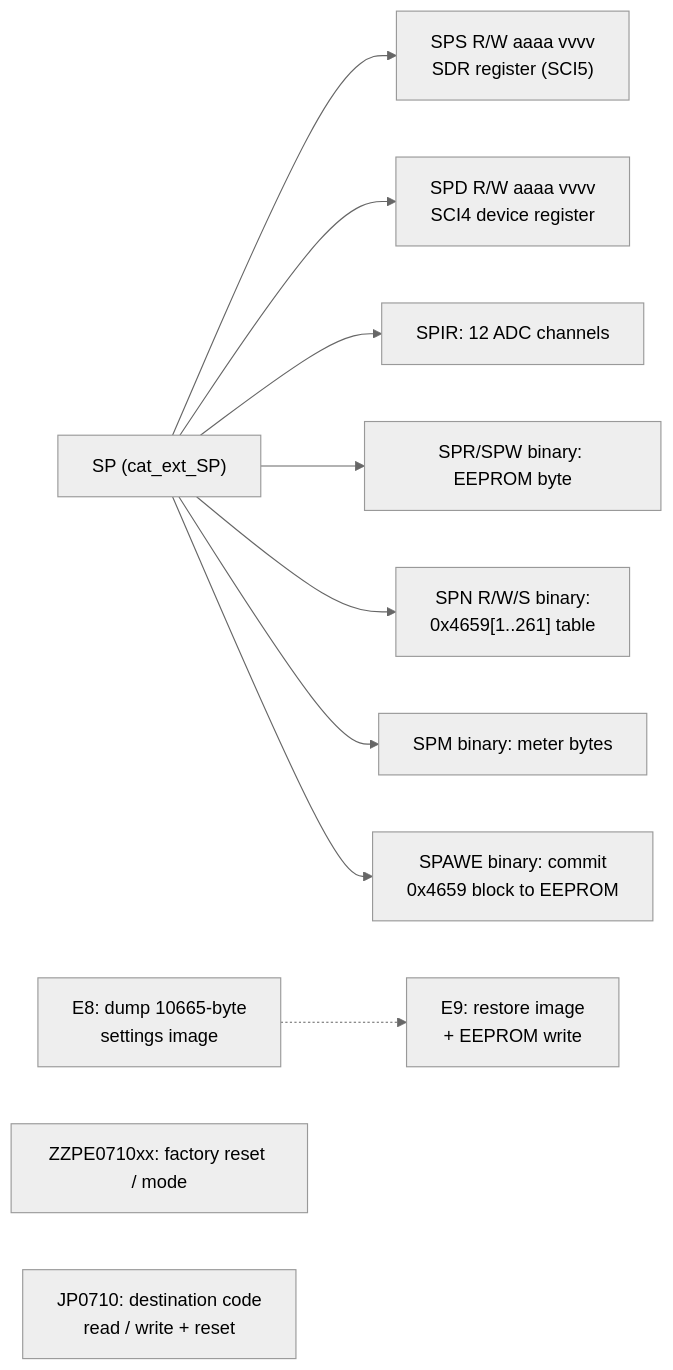
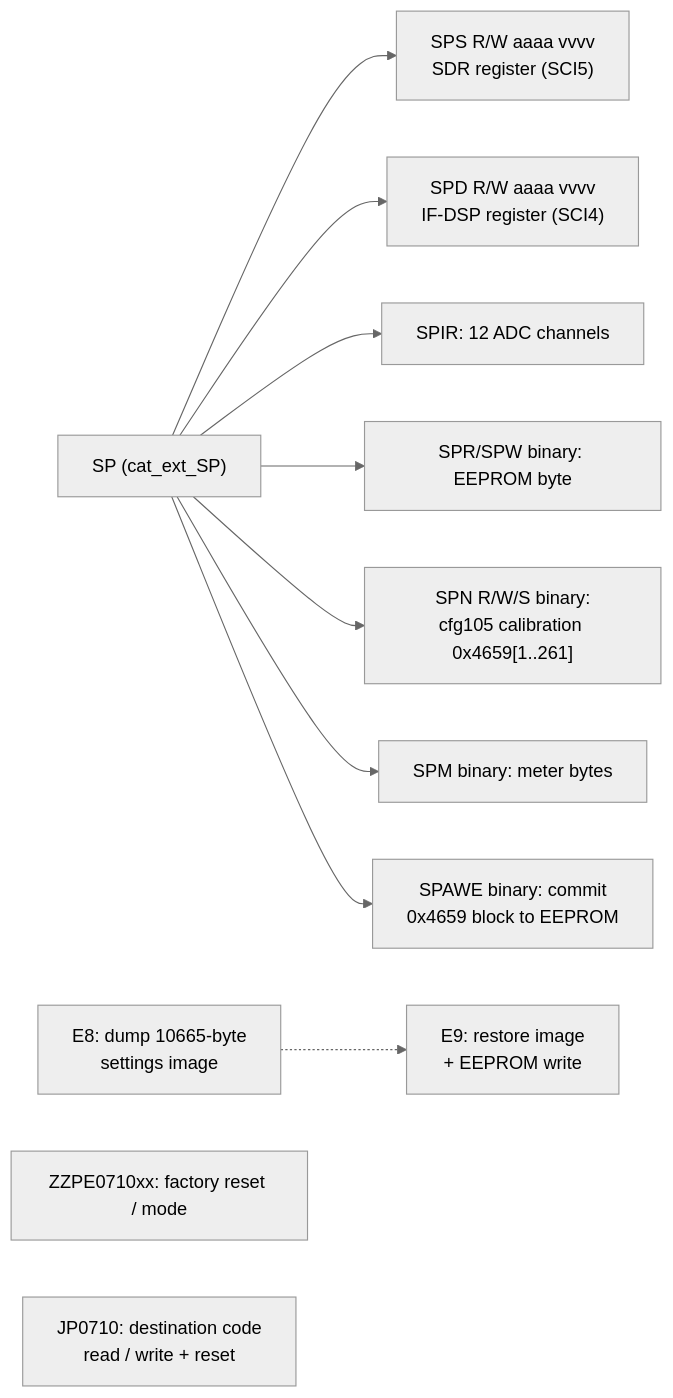
Before and after one commit to Reid-n0rc/FT-710_Firmware: the third of 3 diagrams in docs/code/main/cat.md, drawn with Mermaid (neutral theme). The commit also changed other lines of this file and 9 other files, not shown here.

````diff
--- a/docs/code/main/cat.md
+++ b/docs/code/main/cat.md
@@ -96,13 +98,13 @@
 ```mermaid
 flowchart LR
   SP["SP (cat_ext_SP)"] --> SPS["SPS R/W aaaa vvvv<br/>SDR register (SCI5)"]
-  SP --> SPD["SPD R/W aaaa vvvv<br/>SCI4 device register"]
+  SP --> SPD["SPD R/W aaaa vvvv<br/>IF-DSP register (SCI4)"]
   SP --> SPI["SPIR: 12 ADC channels"]
   SP --> SPRW["SPR/SPW binary: EEPROM byte"]
-  SP --> SPN["SPN R/W/S binary:<br/>0x4659[1..261] table"]
+  SP --> SPN["SPN R/W/S binary:<br/>cfg105 calibration 0x4659[1..261]"]
   SP --> SPM["SPM binary: meter bytes"]
   SP --> SPA["SPAWE binary: commit<br/>0x4659 block to EEPROM"]
   E8["E8: dump 10665-byte<br/>settings image"] -.-> E9["E9: restore image<br/>+ EEPROM write"]
   ZZ["ZZPE0710xx: factory reset / mode"]
   JP["JP0710: destination code<br/>read / write + reset"]
 ```
````
